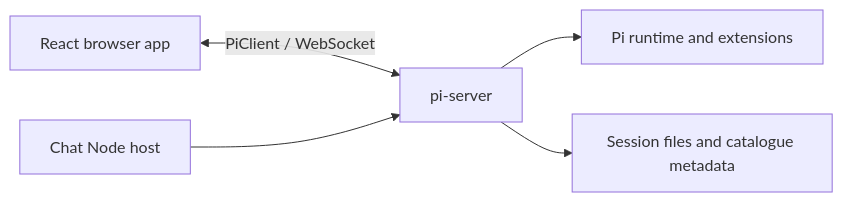
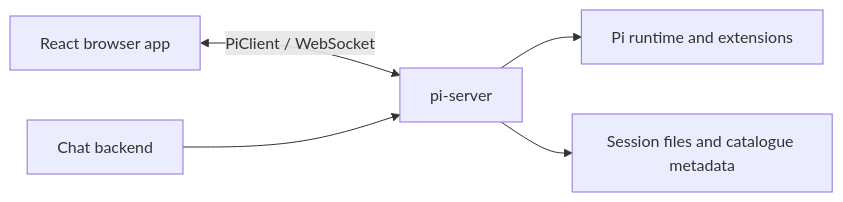
The diagram in docs/architecture.md (ManuelSelch/pi-chat), drawn with Mermaid before and after one commit. The commit also changed other lines of this file and 6 other files, not shown here.

Commit message:
docs: rename Chat Node host to Chat backend

````diff
--- a/docs/architecture.md
+++ b/docs/architecture.md
@@ -8,7 +8,7 @@
 ```mermaid
 flowchart LR
     Browser[React browser app] <-->|PiClient / WebSocket| Server[pi-server]
-    Host[Chat Node host] --> Server
+    Backend[Chat backend] --> Server
     Server --> Pi[Pi runtime and extensions]
     Server --> History[Session files and catalogue metadata]
 ```
````
